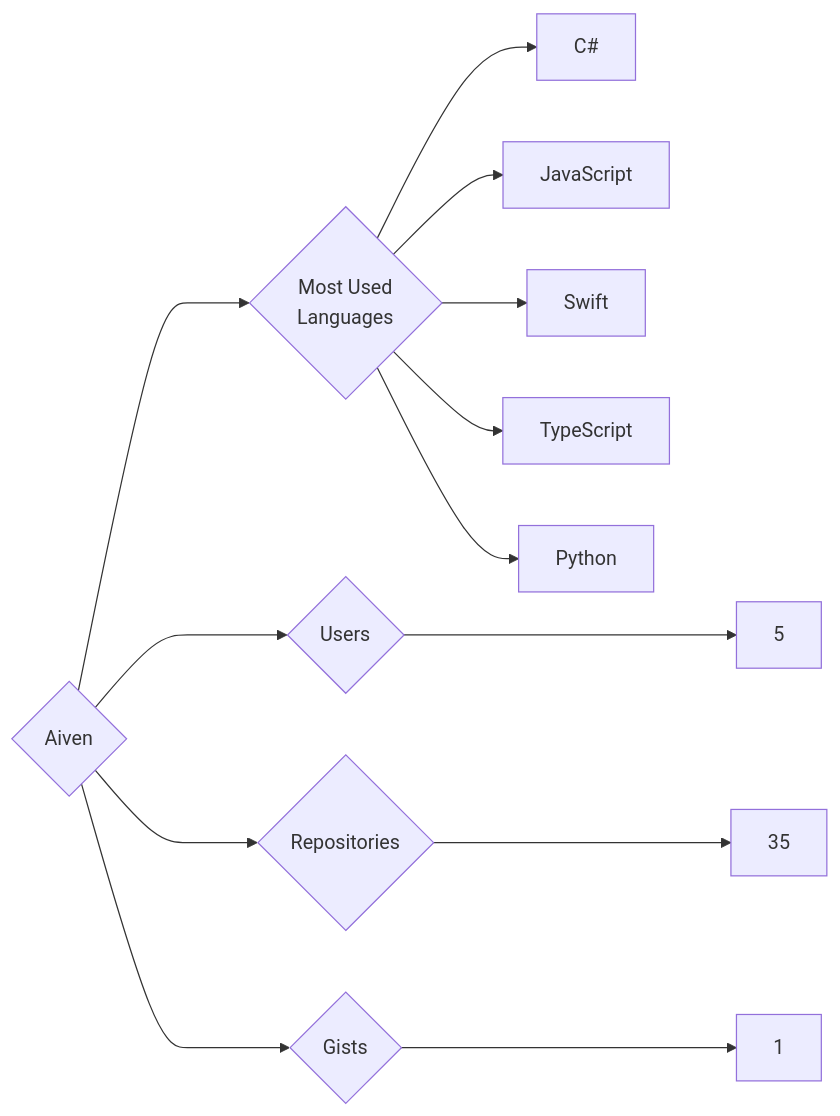
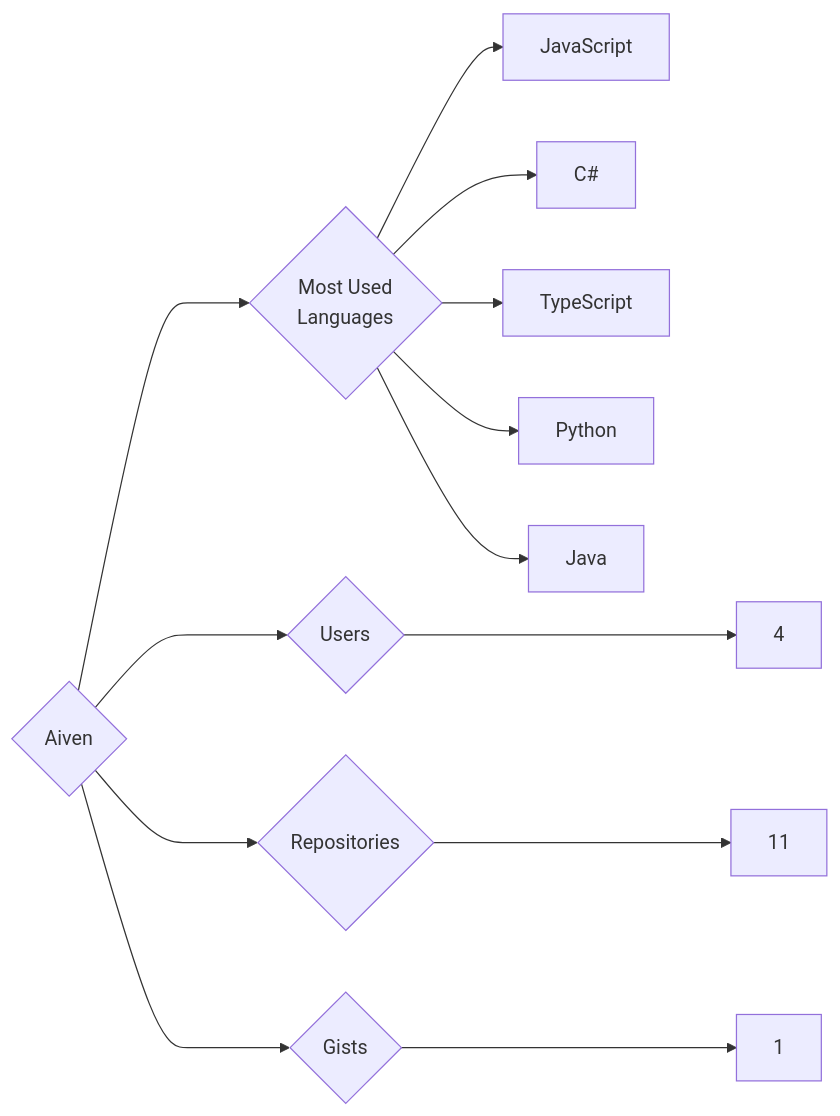
One commit to trickest/insiders changed the diagram in targets/Aiven/README.md. Above: the diagram before and after it, drawn with Mermaid. The commit also changed 1084 other files, not shown here.

````diff
--- a/targets/Aiven/README.md
+++ b/targets/Aiven/README.md
@@ -3,13 +3,13 @@
 ```mermaid
 graph LR
 COMPANY_NAME{Aiven}
-COMPANY_NAME ---> U{Users} ---> UN[5]
-COMPANY_NAME ---> R{Repositories} ---> RN[35]
+COMPANY_NAME ---> U{Users} ---> UN[4]
+COMPANY_NAME ---> R{Repositories} ---> RN[11]
 COMPANY_NAME ---> G{Gists} ---> GN[1]
 COMPANY_NAME ---> ML{Most Used<br>Languages}
+ML --> JavaScript[JavaScript]
 ML --> C#[C#]
-ML --> JavaScript[JavaScript]
-ML --> Swift[Swift]
 ML --> TypeScript[TypeScript]
 ML --> Python[Python]
+ML --> Java[Java]
 ```
````
